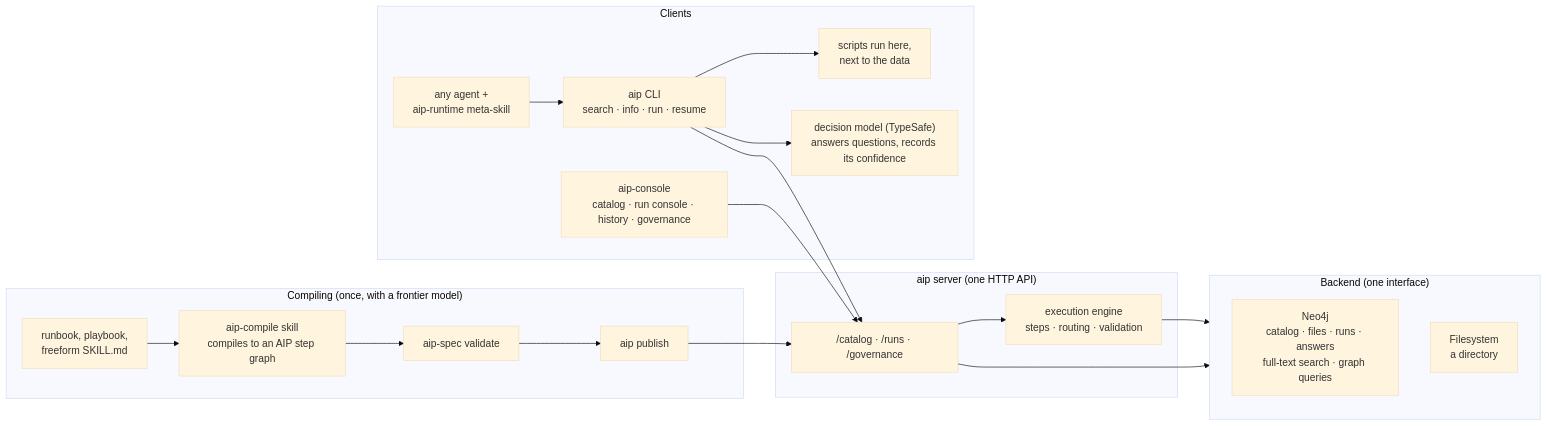
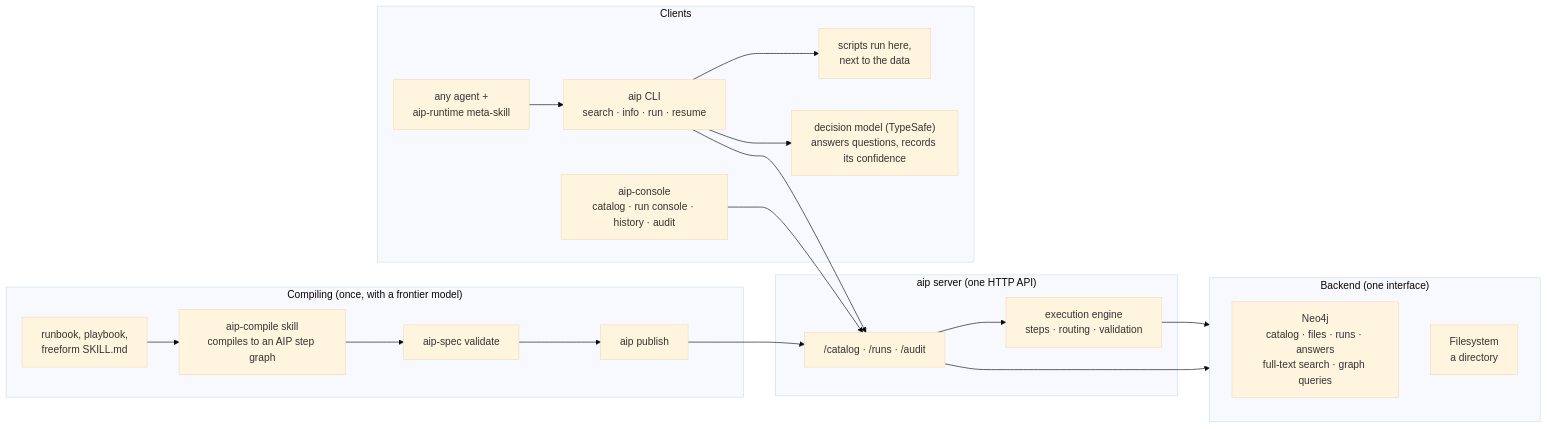
The diagram in README.md (zach-blumenfeld/aip), drawn with Mermaid (base theme) before and after one commit. The commit also changed other lines of this file and 27 other files, not shown here.

````diff
--- a/README.md
+++ b/README.md
@@ -85,30 +85,30 @@
 ```mermaid
 flowchart LR
     subgraph compiling["Compiling (once, with a frontier model)"]
         doc["runbook, playbook,<br/>freeform SKILL.md"] --> skill["aip-compile skill<br/>compiles to an AIP step graph"]
         skill --> validate["aip-spec validate"]
         validate --> publish["aip publish"]
     end
     subgraph clients["Clients"]
         agent["any agent +<br/>aip-runtime meta-skill"] --> cli["aip CLI<br/>search · info · run · resume"]
-        insp["aip-console<br/>catalog · run console · history · governance"]
+        insp["aip-console<br/>catalog · run console · history · audit"]
         scripts["scripts run here,<br/>next to the data"]
         model["decision model (TypeSafe)<br/>answers questions, records its confidence"]
         cli --> scripts
         cli --> model
     end
     subgraph server["aip server (one HTTP API)"]
-        api["/catalog · /runs · /governance"]
+        api["/catalog · /runs · /audit"]
         engine["execution engine<br/>steps · routing · validation"]
         api --> engine
     end
     subgraph backend["Backend (one interface)"]
         neo["Neo4j<br/>catalog · files · runs · answers<br/>full-text search · graph queries"]
         fs["Filesystem<br/>a directory"]
     end
     publish --> api
     cli --> api
     insp --> api
     engine --> backend
     api --> backend
 ```
````
